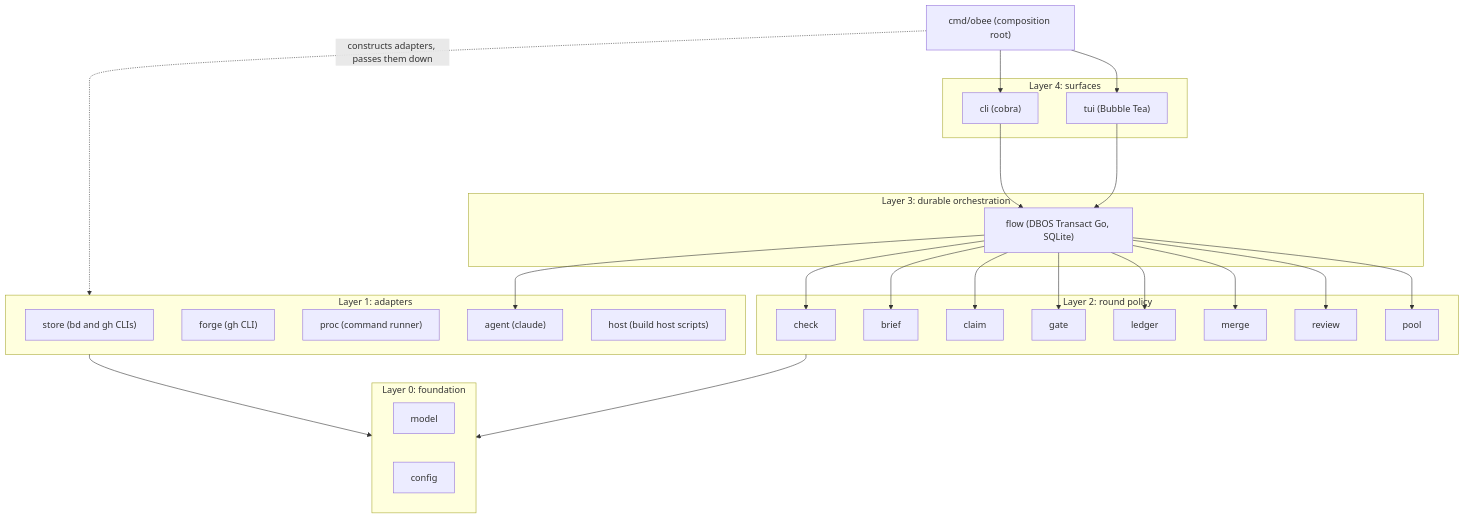
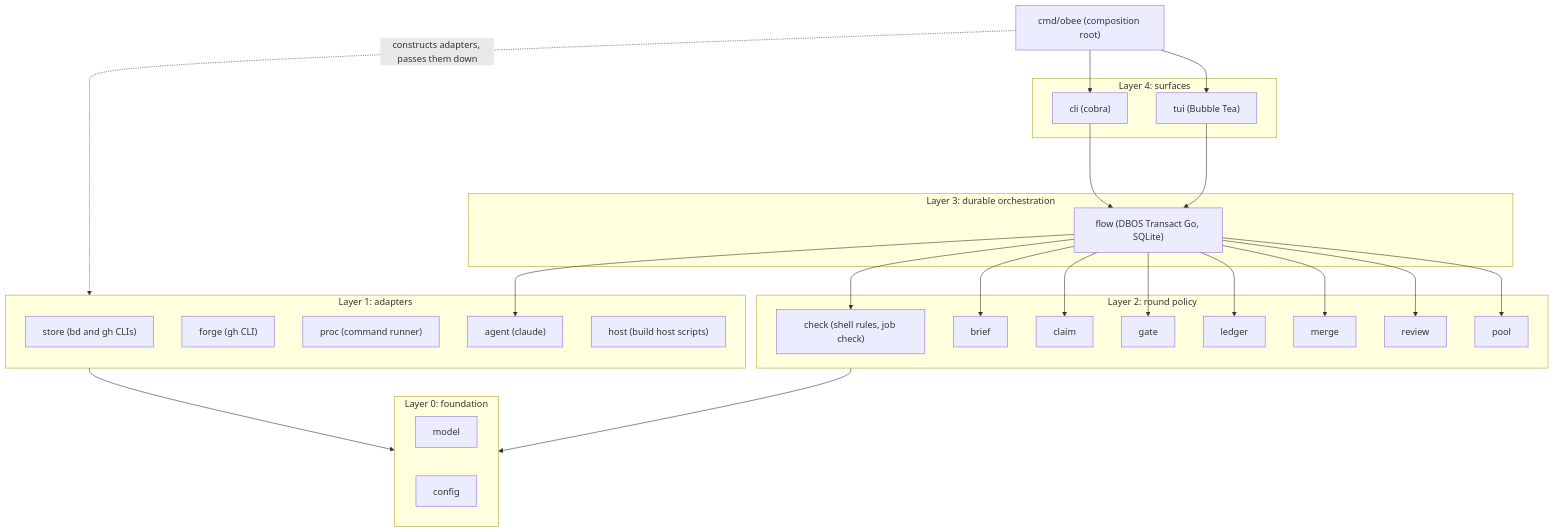
One commit to tobocop2/beehave changed the diagram in docs/architecture.md. Above: the diagram before and after it, drawn with Mermaid. The commit also changed other lines of this file and 19 other files, not shown here.

````diff
--- a/docs/architecture.md
+++ b/docs/architecture.md
@@ -9,41 +9,41 @@
 ```mermaid
 flowchart TD
     main["cmd/obee (composition root)"]
     subgraph L4[Layer 4: surfaces]
         cli["cli (cobra)"]
         tui["tui (Bubble Tea)"]
     end
     subgraph L3[Layer 3: durable orchestration]
         flow["flow (DBOS Transact Go, SQLite)"]
     end
     subgraph L2[Layer 2: round policy]
-        check
+        check["check (shell rules, job check)"]
         brief
         claim
         gate
         ledger
         merge
         review
         pool
     end
     subgraph L1[Layer 1: adapters]
         store["store (bd and gh CLIs)"]
         forge["forge (gh CLI)"]
         proc["proc (command runner)"]
         agent["agent (claude)"]
         host["host (build host scripts)"]
     end
     subgraph L0[Layer 0: foundation]
         model
         config
     end
     main --> cli
     main --> tui
     cli --> flow
     tui --> flow
     flow --> check & brief & claim & gate & ledger & merge & review & pool
     main -. "constructs adapters, passes them down" .-> L1
     flow --> agent
     L1 --> L0
     L2 --> L0
 ```
````
